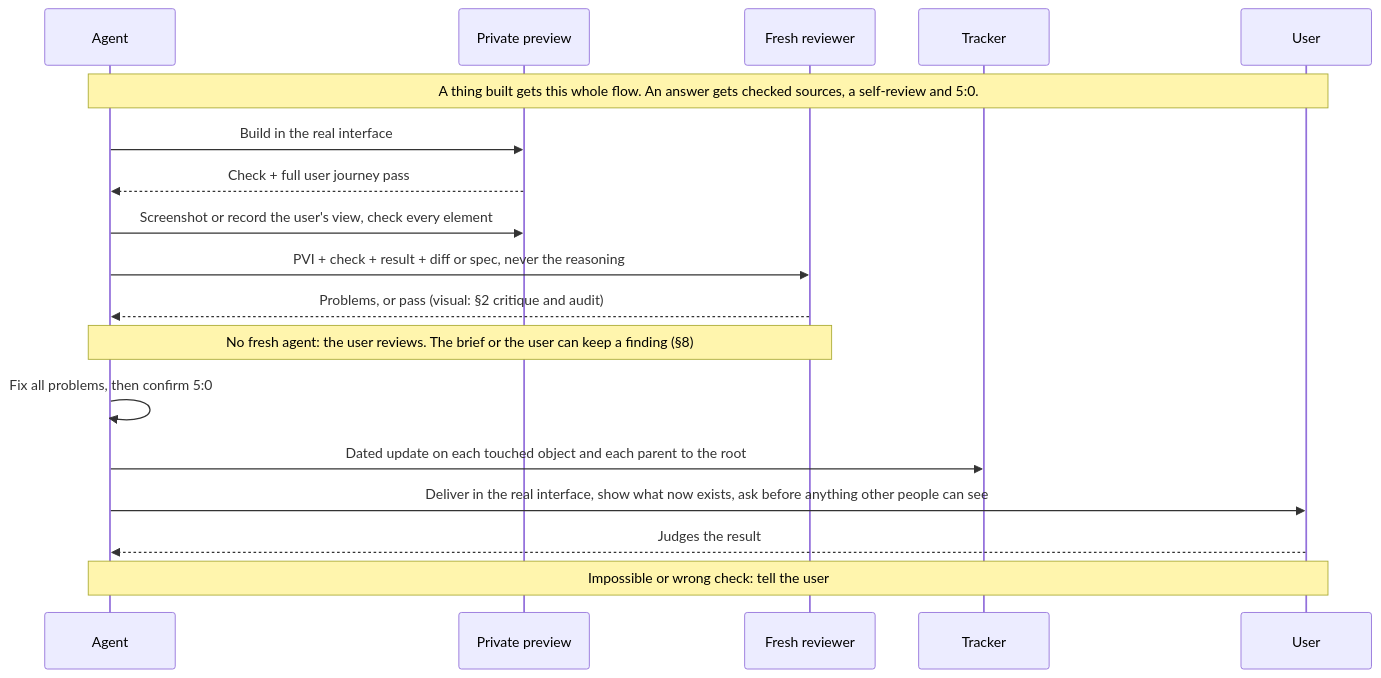
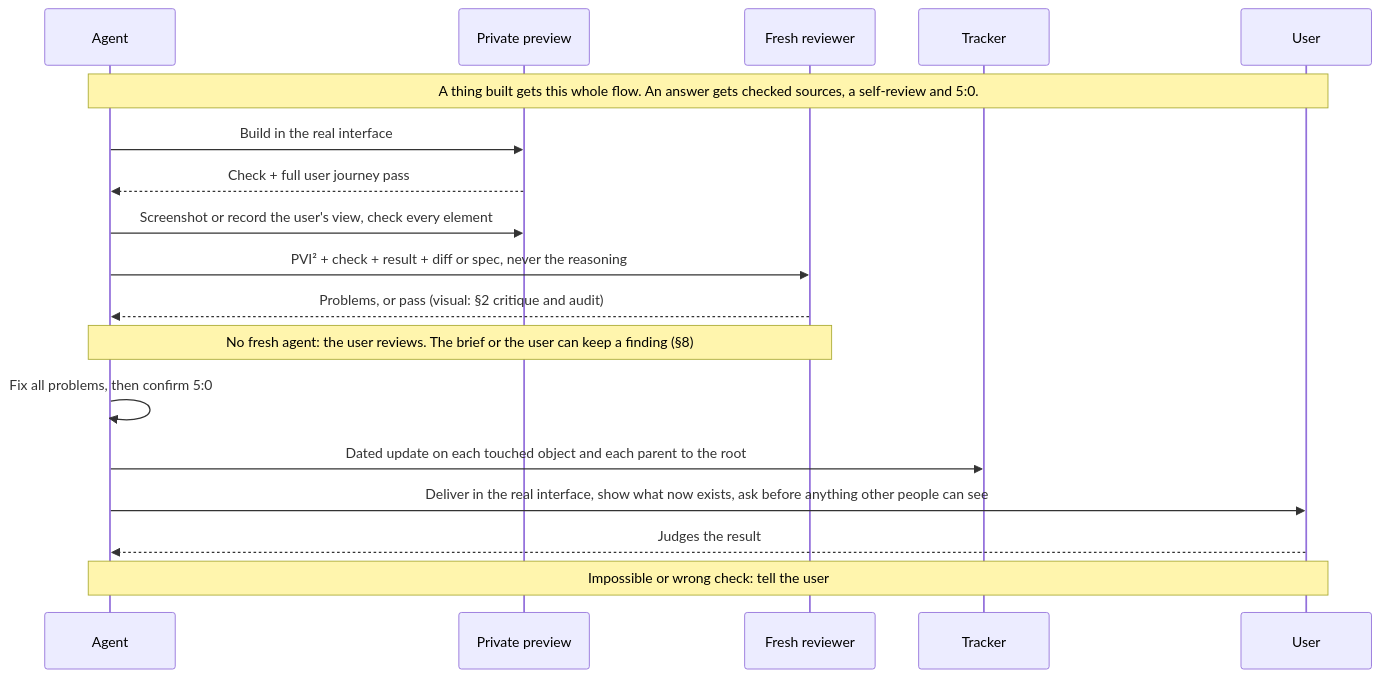
Before and after one commit to SolenixAI/arbiter: diagram 11 of 14 in AGENTS.md, drawn with Mermaid. The commit also changed other lines of this file and 1 other file, not shown here.

````diff
--- a/AGENTS.md
+++ b/AGENTS.md
@@ -457,20 +448,20 @@
 ```mermaid
 sequenceDiagram
   participant A as Agent
   participant P as Private preview
   participant R as Fresh reviewer
   participant T as Tracker
   participant U as User
   Note over A,U: A thing built gets this whole flow. An answer gets checked sources, a self-review and 5:0.
   A->>P: Build in the real interface
   P-->>A: Check + full user journey pass
   A->>P: Screenshot or record the user's view, check every element
-  A->>R: PVI + check + result + diff or spec, never the reasoning
+  A->>R: PVI² + check + result + diff or spec, never the reasoning
   R-->>A: Problems, or pass (visual: §2 critique and audit)
   Note over A,R: No fresh agent: the user reviews. The brief or the user can keep a finding (§8)
   A->>A: Fix all problems, then confirm 5:0
   A->>T: Dated update on each touched object and each parent to the root
   A->>U: Deliver in the real interface, show what now exists, ask before anything other people can see
   U-->>A: Judges the result
   Note over A,U: Impossible or wrong check: tell the user
 ```
````
